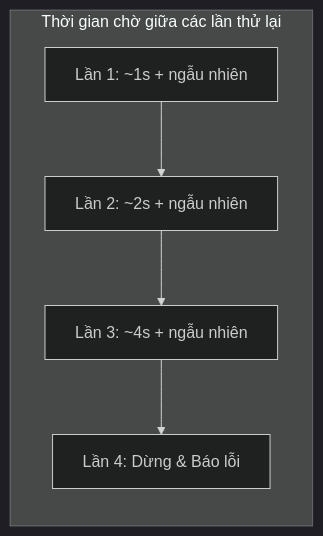
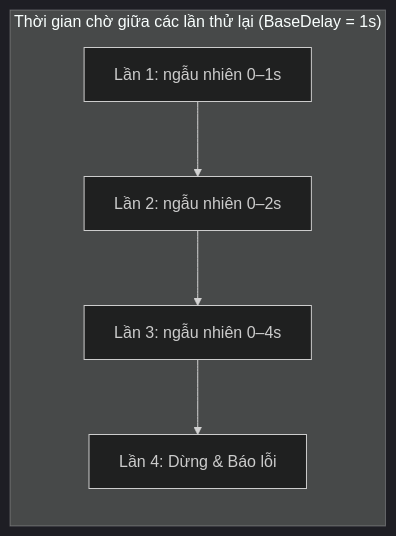
One commit to h1eu/knowledge changed the fourth of 8 diagrams in knowledge/android/docs/session_05/networking.md. Above: the diagram before and after it, drawn with Mermaid (dark theme). The commit also changed other lines of this file and 10 other files, not shown here.

````diff
--- a/knowledge/android/docs/session_05/networking.md
+++ b/knowledge/android/docs/session_05/networking.md
@@ -252,6 +309,6 @@
 ```mermaid
 graph LR
-    subgraph ExponentialBackoff ["Thời gian chờ giữa các lần thử lại"]
-        L1["Lần 1: ~1s + ngẫu nhiên"] --> L2["Lần 2: ~2s + ngẫu nhiên"] --> L3["Lần 3: ~4s + ngẫu nhiên"] --> L4["Lần 4: Dừng & Báo lỗi"]
+    subgraph ExponentialBackoff ["Thời gian chờ giữa các lần thử lại (BaseDelay = 1s)"]
+        L1["Lần 1: ngẫu nhiên 0–1s"] --> L2["Lần 2: ngẫu nhiên 0–2s"] --> L3["Lần 3: ngẫu nhiên 0–4s"] --> L4["Lần 4: Dừng & Báo lỗi"]
     end
 ```
````
